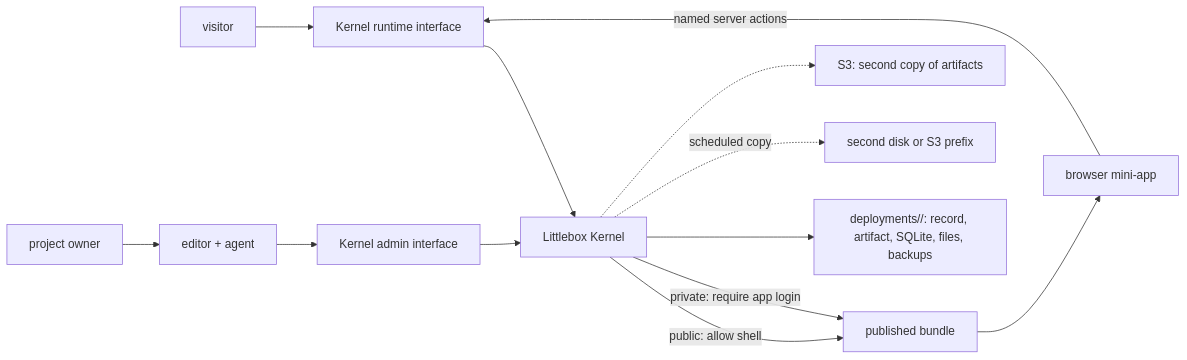
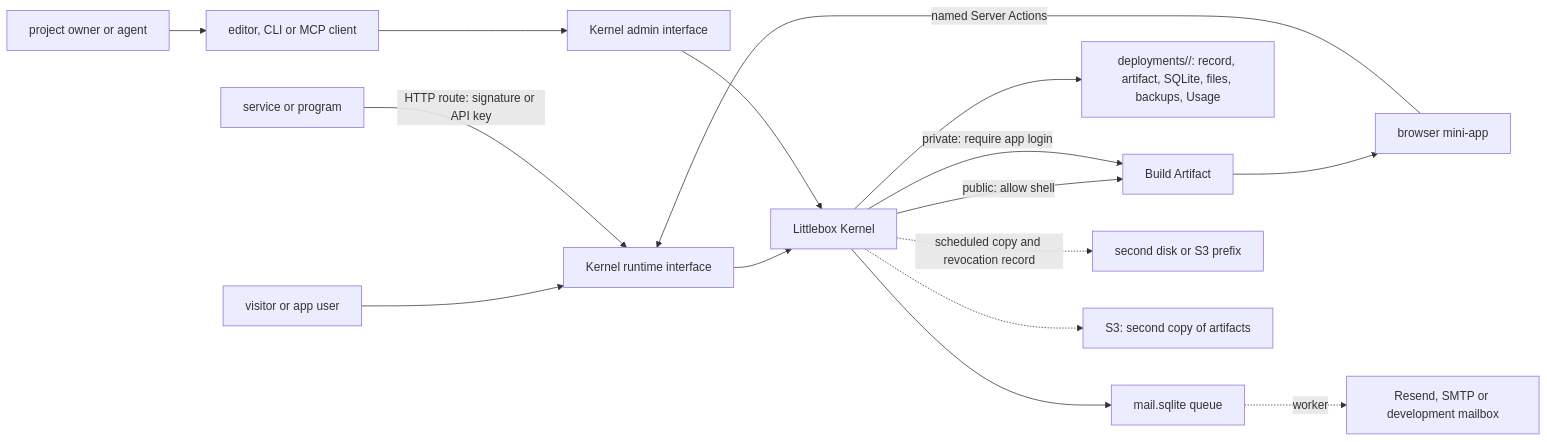
The second of 2 diagrams in docs/architecture.md (danibram/konae), drawn with Mermaid before and after one commit. The commit also changed other lines of this file, not shown here.

First line of the commit message:
Describe the Kernel as it is in docs/architecture.md

````diff
--- a/docs/architecture.md
+++ b/docs/architecture.md
@@ -43,15 +47,18 @@
 ```mermaid
 flowchart LR
-  V["visitor"] --> RI["Kernel runtime interface"]
+  V["visitor or app user"] --> RI["Kernel runtime interface"]
+  SV["service or program"] -->|"HTTP route: signature or API key"| RI
   RI --> K["Littlebox Kernel"]
-  K -->|"public: allow shell"| C["published bundle"]
+  K -->|"public: allow shell"| C["Build Artifact"]
   K -->|"private: require app login"| C
   C --> B["browser mini-app"]
-  B -->|"named server actions"| RI
-  K --> DB["deployments/<id>/: record, artifact, SQLite, files, backups"]
-  K -.->|"scheduled copy"| CP["second disk or S3 prefix"]
+  B -->|"named Server Actions"| RI
+  K --> DB["deployments/<id>/: record, artifact, SQLite, files, backups, Usage"]
+  K --> MQ["mail.sqlite queue"]
+  MQ -.->|"worker"| MP["Resend, SMTP or development mailbox"]
+  K -.->|"scheduled copy and revocation record"| CP["second disk or S3 prefix"]
   K -.-> S3["S3: second copy of artifacts"]
-  O["project owner"] --> E["editor + agent"]
+  O["project owner or agent"] --> E["editor, CLI or MCP client"]
   E --> AI["Kernel admin interface"]
   AI --> K
 ```
````
